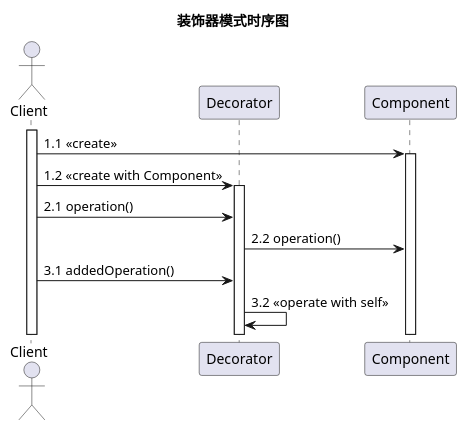
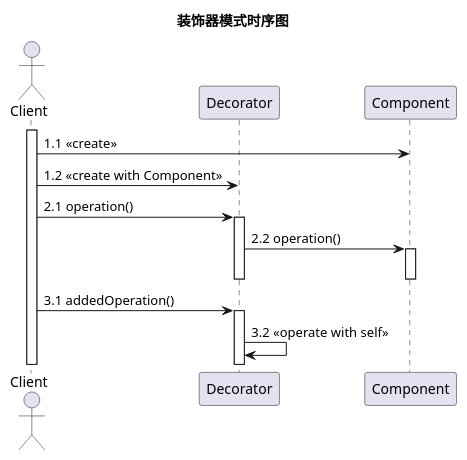
One commit to echcz/design-pattern changed the diagram in structural/decorator-timing.puml. Above: the diagram before and after it, drawn with PlantUML. The commit also changed 9 other files, not shown here.

```diff
--- a/structural/decorator-timing.puml
+++ b/structural/decorator-timing.puml
@@ -1,17 +1,20 @@
 @startuml
 title 装饰器模式时序图
 
 actor Client
 participant Decorator
 participant Component
 
 activate Client
 Client -> Component: 1.1 <<create>>
+Client -> Decorator: 1.2 <<create with Component>>
+Client -> Decorator: 2.1 operation()
+activate Decorator
+Decorator -> Component: 2.2 operation()
 activate Component
-Client -> Decorator: 1.2 <<create with Component>>
+deactivate Component
+deactivate Decorator
+Client -> Decorator: 3.1 addedOperation()
 activate Decorator
-Client -> Decorator: 2.1 operation()
-Decorator -> Component: 2.2 operation()
-Client -> Decorator: 3.1 addedOperation()
 Decorator -> Decorator: 3.2 <<operate with self>>
 @enduml
```
